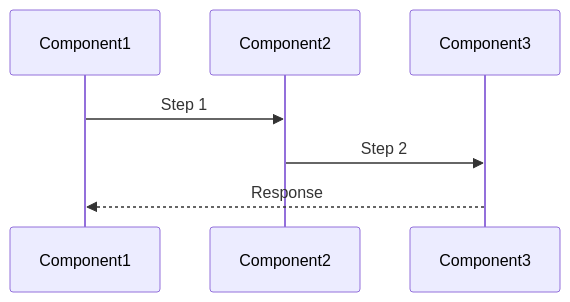
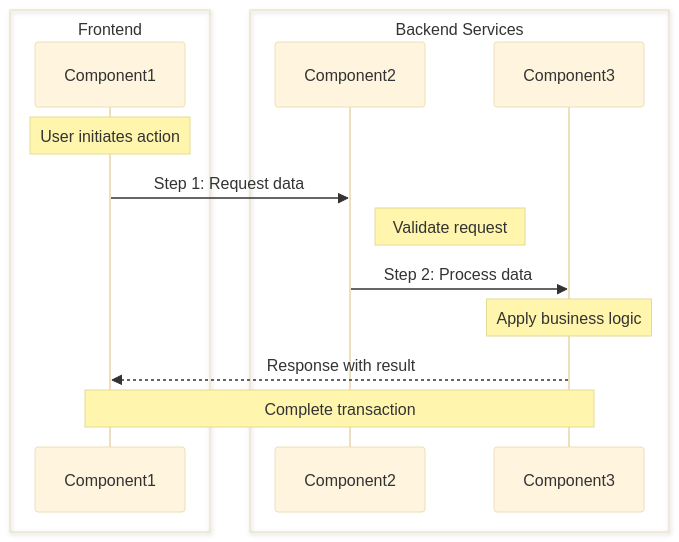
The second of 2 diagrams in docs/architecture/_templates/research.md (White-Rabbit-Lab/browser-extension), drawn with Mermaid before and after one commit. The commit also changed other lines of this file, not shown here.

````diff
--- a/docs/architecture/_templates/research.md
+++ b/docs/architecture/_templates/research.md
@@ -177,10 +204,19 @@
 ```mermaid
+%%{init: {'theme': 'base'} }%%
 sequenceDiagram
-    participant Component1
-    participant Component2
-    participant Component3
+    box Frontend
+        participant Component1
+    end
+    box Backend Services
+        participant Component2
+        participant Component3
+    end
 
-    Component1->>Component2: Step 1
-    Component2->>Component3: Step 2
-    Component3-->>Component1: Response
+    Note over Component1: User initiates action
+    Component1->>Component2: Step 1: Request data
+    Note right of Component2: Validate request
+    Component2->>Component3: Step 2: Process data
+    Note over Component3: Apply business logic
+    Component3-->>Component1: Response with result
+    Note over Component1,Component3: Complete transaction
 ```
````
